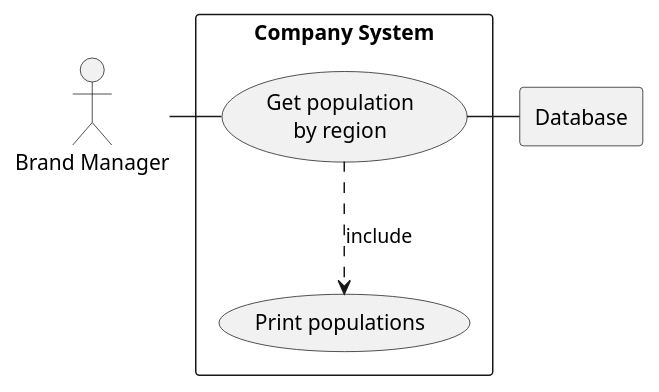
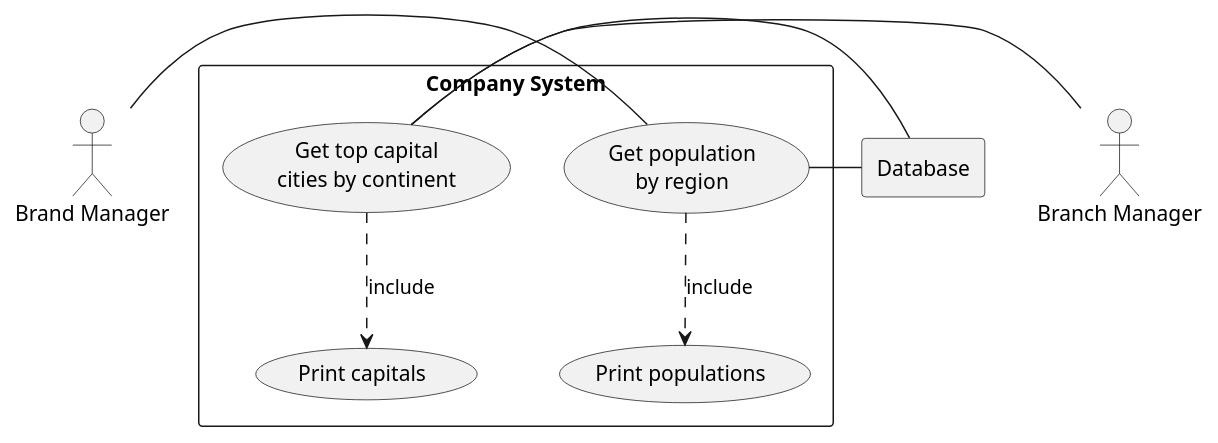
Before and after one commit to ENU-Group-F/Group-F: the diagram in Use-cases/Use Case 1.puml, drawn with PlantUML.

Commit message:
Adding use case 2 to UML diagram

```diff
--- a/Use-cases/Use Case 1.puml
+++ b/Use-cases/Use Case 1.puml
@@ -1,18 +1,26 @@
 @startuml
 
 actor BM as "Brand Manager"
+
+actor BR as "Branch Manager"
 
 rectangle Database
 
 rectangle "Company System" {
     usecase UC1 as "Get population
                     by region"
-
     usecase UCa as "Print populations"
 
+    usecase UC2 as "Get top capital
+    cities by continent"
+    usecase UCb as "Print capitals"
     BM - UC1
     UC1 ..> UCa : include
     UC1 - Database
+
+    BR - UC2
+    UC2 ..> UCb : include
+    UC2 - Database
 }
 
 @enduml
```
